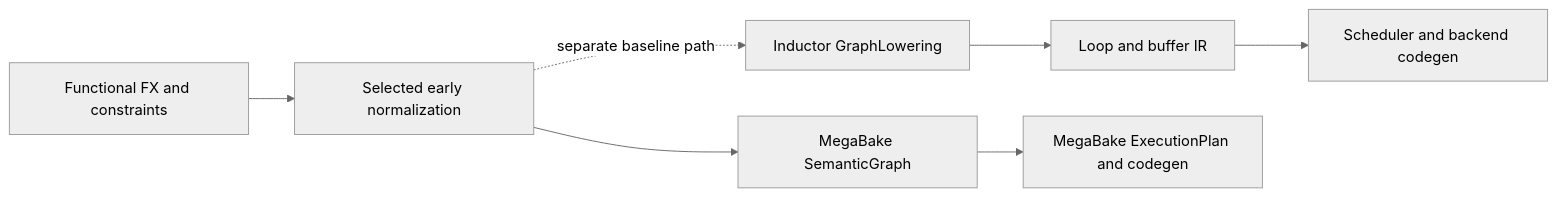
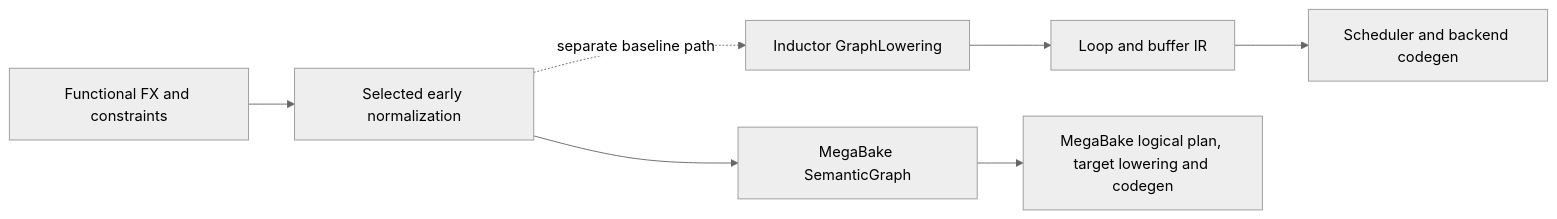
One commit to megabake/megabake changed the second of 7 diagrams in MEGABAKE_V3_DATAFLOW_DIAGRAM.md. Above: the diagram before and after it, drawn with Mermaid (neutral theme). The commit also changed other lines of this file and 9 other files, not shown here.

````diff
--- a/MEGABAKE_V3_DATAFLOW_DIAGRAM.md
+++ b/MEGABAKE_V3_DATAFLOW_DIAGRAM.md
@@ -37,9 +43,9 @@
 ```mermaid
 flowchart LR
     A[Functional FX and constraints] --> B[Selected early normalization]
     B --> C[MegaBake SemanticGraph]
     B -. separate baseline path .-> D[Inductor GraphLowering]
     D --> E[Loop and buffer IR]
     E --> F[Scheduler and backend codegen]
-    C --> G[MegaBake ExecutionPlan and codegen]
+    C --> G[MegaBake logical plan, target lowering and codegen]
 ```
````
